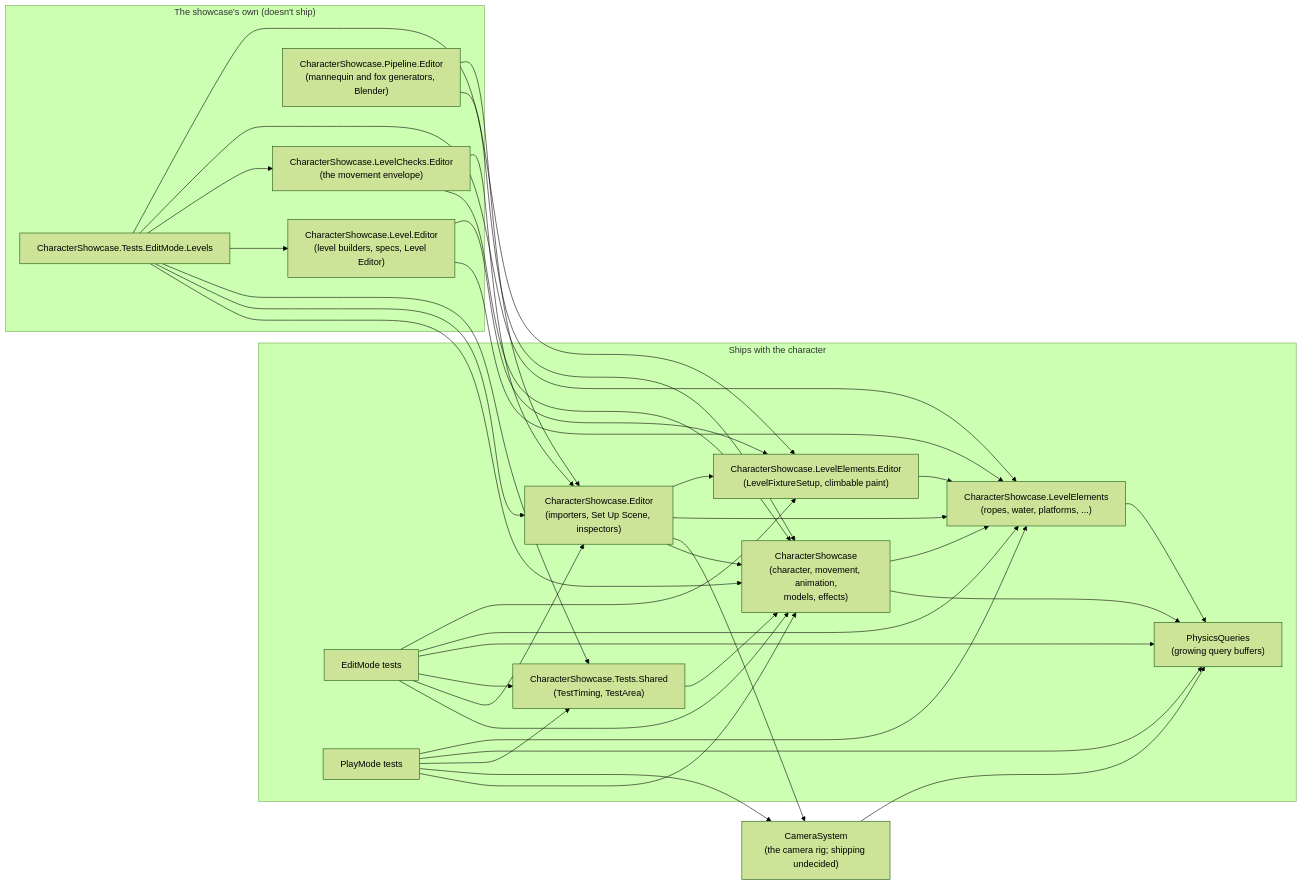
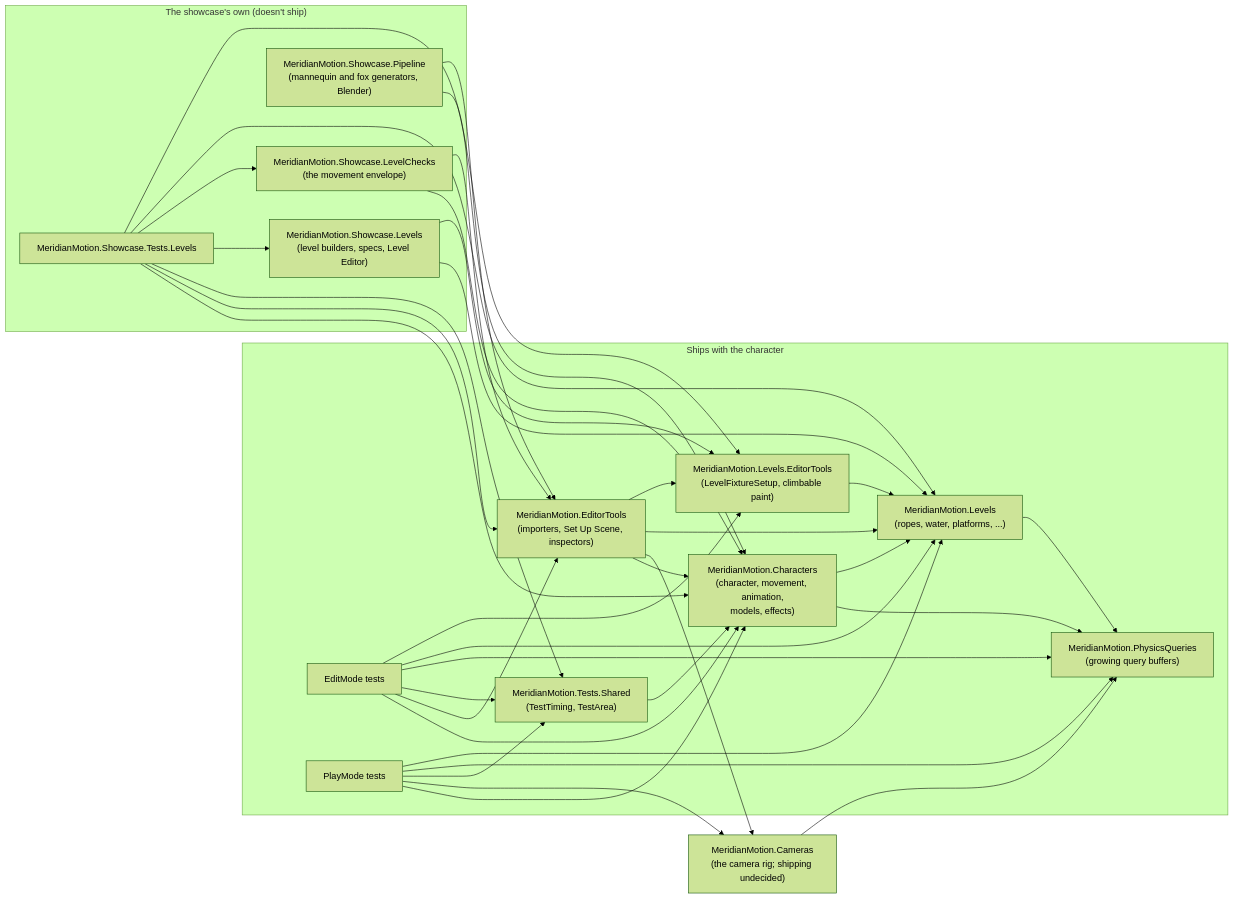
One commit to HOMMUSVAMPIRE/Character-Showcase changed the second of 2 diagrams in docs/architecture.md. Above: the diagram before and after it, drawn with Mermaid (forest theme). The commit also changed other lines of this file and 642 other files, not shown here.

````diff
--- a/docs/architecture.md
+++ b/docs/architecture.md
@@ -56,54 +56,54 @@
 ```mermaid
 flowchart LR
     subgraph Ships["Ships with the character"]
-        Showcase["CharacterShowcase<br/>(character, movement, animation,<br/>models, effects)"]
-        Elements["CharacterShowcase.LevelElements<br/>(ropes, water, platforms, ...)"]
-        ElementsEditor["CharacterShowcase.LevelElements.Editor<br/>(LevelFixtureSetup, climbable paint)"]
-        Editor["CharacterShowcase.Editor<br/>(importers, Set Up Scene, inspectors)"]
-        Queries["PhysicsQueries<br/>(growing query buffers)"]
-        Shared["CharacterShowcase.Tests.Shared<br/>(TestTiming, TestArea)"]
+        Showcase["MeridianMotion.Characters<br/>(character, movement, animation,<br/>models, effects)"]
+        Elements["MeridianMotion.Levels<br/>(ropes, water, platforms, ...)"]
+        ElementsEditor["MeridianMotion.Levels.EditorTools<br/>(LevelFixtureSetup, climbable paint)"]
+        Editor["MeridianMotion.EditorTools<br/>(importers, Set Up Scene, inspectors)"]
+        Queries["MeridianMotion.PhysicsQueries<br/>(growing query buffers)"]
+        Shared["MeridianMotion.Tests.Shared<br/>(TestTiming, TestArea)"]
         EditTests["EditMode tests"]
         PlayTests["PlayMode tests"]
     end
-    Camera["CameraSystem<br/>(the camera rig; shipping undecided)"]
+    Camera["MeridianMotion.Cameras<br/>(the camera rig; shipping undecided)"]
     subgraph Showcase_only["The showcase's own (doesn't ship)"]
-        LevelEditor["CharacterShowcase.Level.Editor<br/>(level builders, specs, Level Editor)"]
-        Pipeline["CharacterShowcase.Pipeline.Editor<br/>(mannequin and fox generators, Blender)"]
-        LevelChecks["CharacterShowcase.LevelChecks.Editor<br/>(the movement envelope)"]
-        LevelTests["CharacterShowcase.Tests.EditMode.Levels"]
+        LevelEditor["MeridianMotion.Showcase.Levels<br/>(level builders, specs, Level Editor)"]
+        Pipeline["MeridianMotion.Showcase.Pipeline<br/>(mannequin and fox generators, Blender)"]
+        LevelChecks["MeridianMotion.Showcase.LevelChecks<br/>(the movement envelope)"]
+        LevelTests["MeridianMotion.Showcase.Tests.Levels"]
     end
     Showcase --> Queries
     Showcase --> Elements
     Elements --> Queries
     ElementsEditor --> Elements
     Camera --> Queries
     Editor --> Showcase
     Editor --> Camera
     Editor --> Elements
     Editor --> ElementsEditor
     Shared --> Showcase
     EditTests --> Showcase
     EditTests --> Editor
     EditTests --> Shared
     EditTests --> Queries
     EditTests --> Elements
     EditTests --> ElementsEditor
     PlayTests --> Showcase
     PlayTests --> Camera
     PlayTests --> Shared
     PlayTests --> Queries
     PlayTests --> Elements
     LevelEditor --> Elements
     LevelEditor --> ElementsEditor
     Pipeline --> Showcase
     Pipeline --> Editor
     LevelChecks --> Showcase
     LevelChecks --> Editor
     LevelTests --> Showcase
     LevelTests --> Editor
     LevelTests --> Shared
     LevelTests --> LevelEditor
     LevelTests --> LevelChecks
     LevelTests --> Elements
     LevelTests --> ElementsEditor
 ```
````
